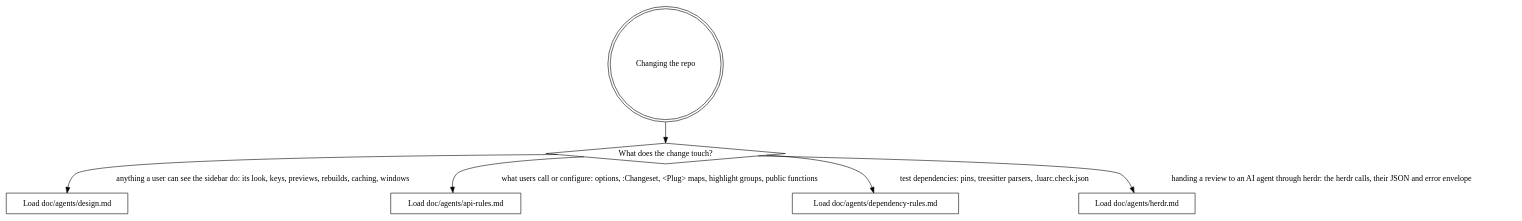
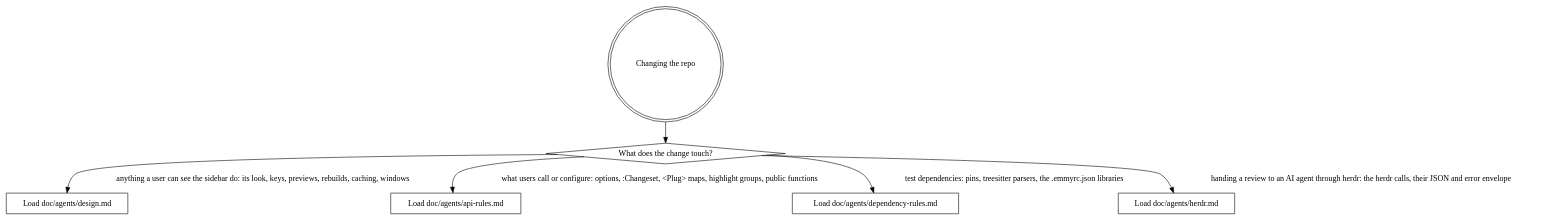
One commit to macintacos/changeset.nvim changed the diagram in AGENTS.md. Above: the diagram before and after it, drawn with Graphviz. The commit also changed other lines of this file and 1 other file, not shown here.

First line of the commit message:
docs: say how the type check reads specs and stubs

````diff
--- a/AGENTS.md
+++ b/AGENTS.md
@@ -67,14 +75,14 @@
 ```graphviz
 digraph rules_router {
     node [shape=box];
 
     "Changing the repo" [shape=doublecircle];
     "What does the change touch?" [shape=diamond];
 
     "Changing the repo" -> "What does the change touch?";
     "What does the change touch?" -> "Load doc/agents/design.md" [label="anything a user can see the sidebar do: its look, keys, previews, rebuilds, caching, windows"];
     "What does the change touch?" -> "Load doc/agents/api-rules.md" [label="what users call or configure: options, :Changeset, <Plug> maps, highlight groups, public functions"];
-    "What does the change touch?" -> "Load doc/agents/dependency-rules.md" [label="test dependencies: pins, treesitter parsers, .luarc.check.json"];
+    "What does the change touch?" -> "Load doc/agents/dependency-rules.md" [label="test dependencies: pins, treesitter parsers, the .emmyrc.json libraries"];
     "What does the change touch?" -> "Load doc/agents/herdr.md" [label="handing a review to an AI agent through herdr: the herdr calls, their JSON and error envelope"];
 }
 ```
````
